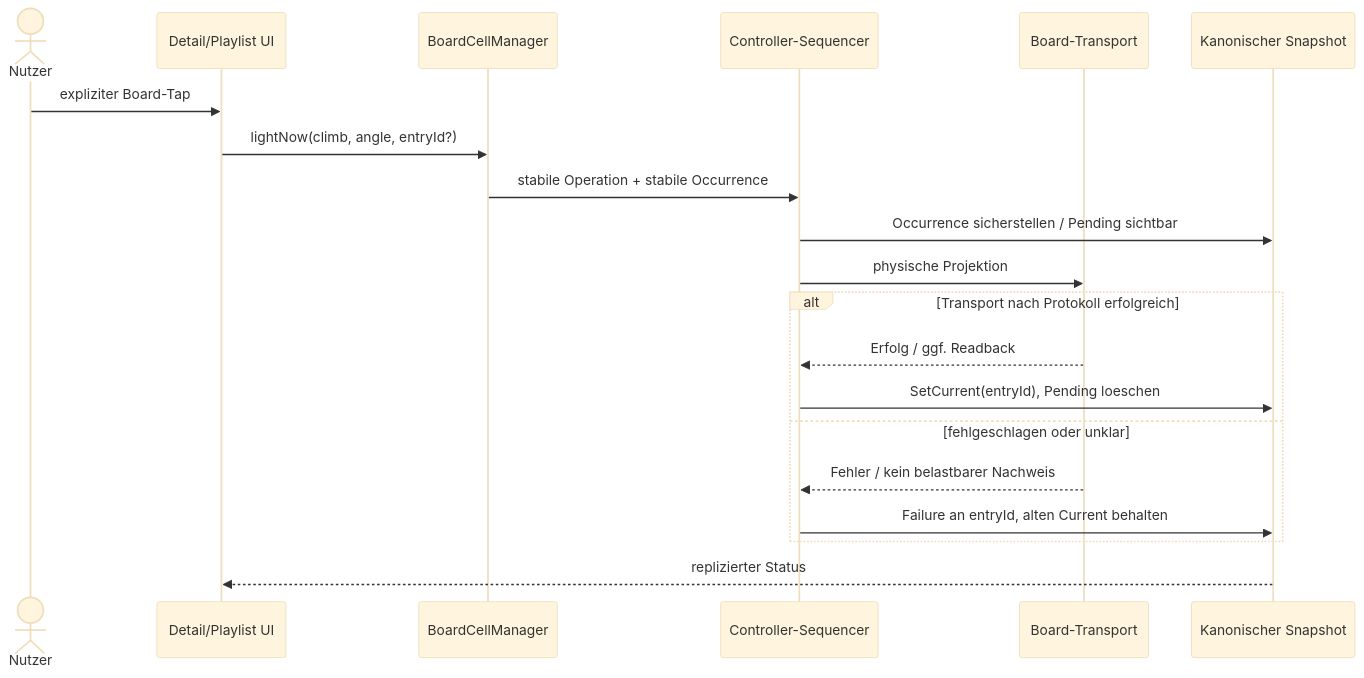
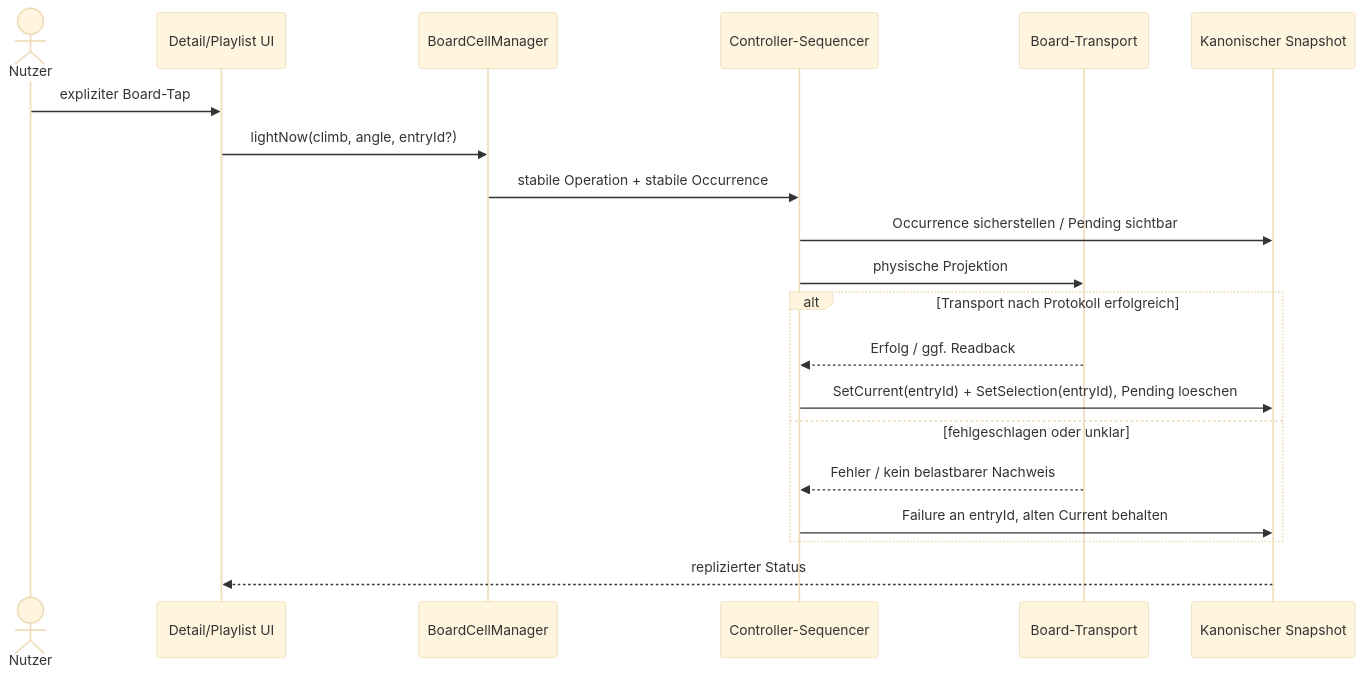
The third of 3 diagrams in docs/architecture/README.md (CruxCoach/CruxCoach), drawn with Mermaid (base theme) before and after one commit. The commit also changed other lines of this file and 2 other files, not shown here.

First line of the commit message:
docs(architecture): record the cursor and the confirmed current as two things

````diff
--- a/docs/architecture/README.md
+++ b/docs/architecture/README.md
@@ -177,23 +183,23 @@
 ```mermaid
 sequenceDiagram
     actor U as Nutzer
     participant UI as Detail/Playlist UI
     participant M as BoardCellManager
     participant S as Controller-Sequencer
     participant B as Board-Transport
     participant C as Kanonischer Snapshot
 
     U->>UI: expliziter Board-Tap
     UI->>M: lightNow(climb, angle, entryId?)
     M->>S: stabile Operation + stabile Occurrence
     S->>C: Occurrence sicherstellen / Pending sichtbar
     S->>B: physische Projektion
     alt Transport nach Protokoll erfolgreich
         B-->>S: Erfolg / ggf. Readback
-        S->>C: SetCurrent(entryId), Pending loeschen
+        S->>C: SetCurrent(entryId) + SetSelection(entryId), Pending loeschen
     else fehlgeschlagen oder unklar
         B-->>S: Fehler / kein belastbarer Nachweis
         S->>C: Failure an entryId, alten Current behalten
     end
     C-->>UI: replizierter Status
 ```
````
